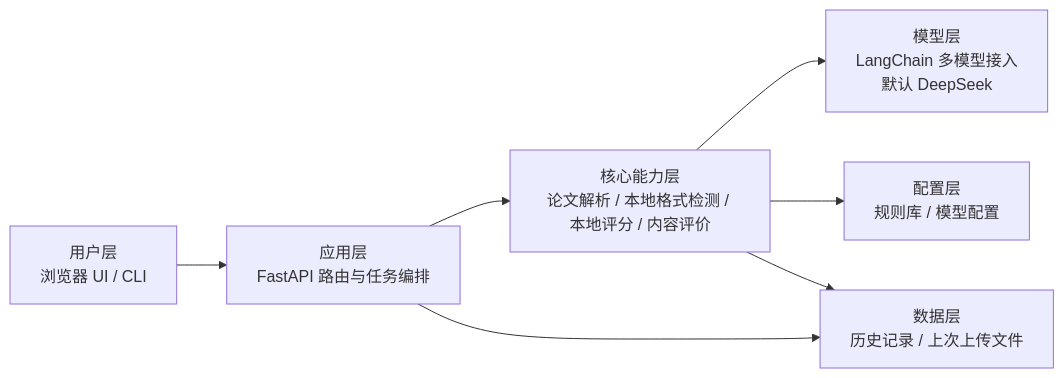
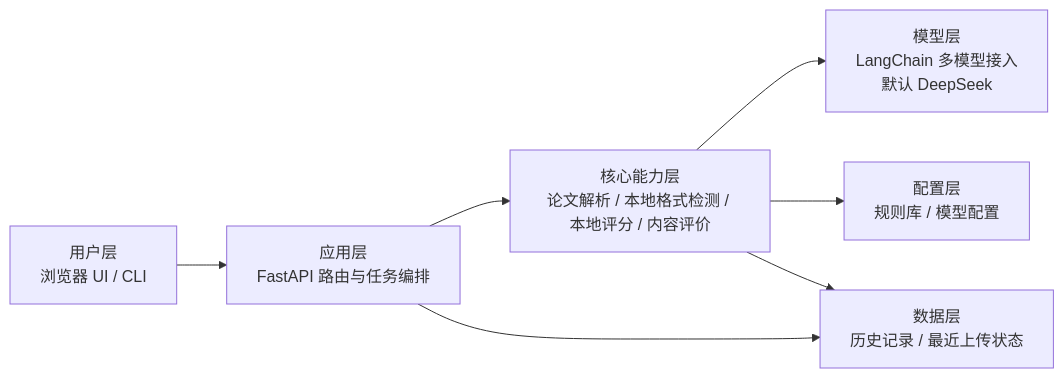
The first of 2 diagrams in README.md (HHSTU-IST/thesisev), drawn with Mermaid before and after one commit. The commit also changed other lines of this file and 4 other files, not shown here.

````diff
--- a/README.md
+++ b/README.md
@@ -221,16 +221,16 @@
 ```mermaid
 flowchart LR
     U["用户层<br/>浏览器 UI / CLI"]
     A["应用层<br/>FastAPI 路由与任务编排"]
     C["核心能力层<br/>论文解析 / 本地格式检测 / 本地评分 / 内容评价"]
     M["模型层<br/>LangChain 多模型接入<br/>默认 DeepSeek"]
     CFG["配置层<br/>规则库 / 模型配置"]
-    D["数据层<br/>历史记录 / 上次上传文件"]
+    D["数据层<br/>历史记录 / 最近上传状态"]
 
     U --> A
     A --> C
     C --> M
     C --> CFG
     C --> D
     A --> D
 ```
````
